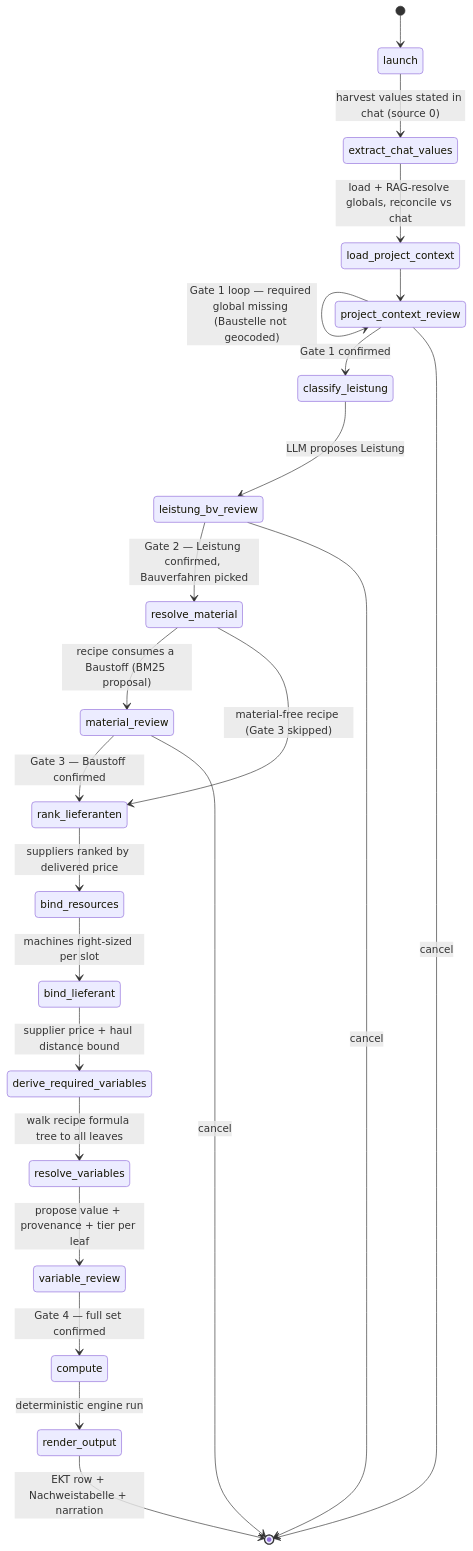
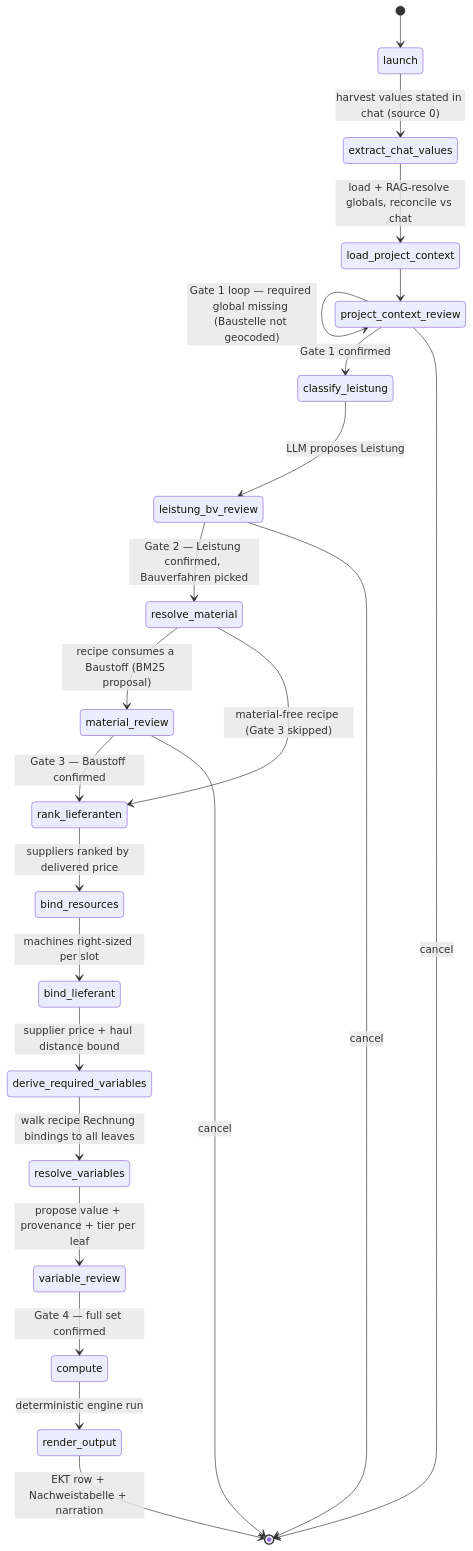
The fourth of 5 diagrams in AI_ARCHITECTURE.md (arthurshen74/strassenbau-vergabe-assistant), drawn with Mermaid before and after one commit. The commit also changed other lines of this file and 61 other files, not shown here.

````diff
--- a/AI_ARCHITECTURE.md
+++ b/AI_ARCHITECTURE.md
@@ -163,25 +165,25 @@
 ```mermaid
 stateDiagram-v2
     [*] --> launch
     launch --> extract_chat_values : harvest values stated in chat (source 0)
     extract_chat_values --> load_project_context : load + RAG-resolve globals, reconcile vs chat
     load_project_context --> project_context_review
     project_context_review --> project_context_review : Gate 1 loop — required global missing (Baustelle not geocoded)
     project_context_review --> classify_leistung : Gate 1 confirmed
     classify_leistung --> leistung_bv_review : LLM proposes Leistung
     leistung_bv_review --> resolve_material : Gate 2 — Leistung confirmed, Bauverfahren picked
     resolve_material --> material_review : recipe consumes a Baustoff (BM25 proposal)
     resolve_material --> rank_lieferanten : material-free recipe (Gate 3 skipped)
     material_review --> rank_lieferanten : Gate 3 — Baustoff confirmed
     rank_lieferanten --> bind_resources : suppliers ranked by delivered price
     bind_resources --> bind_lieferant : machines right-sized per slot
     bind_lieferant --> derive_required_variables : supplier price + haul distance bound
-    derive_required_variables --> resolve_variables : walk recipe formula tree to all leaves
+    derive_required_variables --> resolve_variables : walk recipe Rechnung bindings to all leaves
     resolve_variables --> variable_review : propose value + provenance + tier per leaf
     variable_review --> compute : Gate 4 — full set confirmed
     compute --> render_output : deterministic engine run
     render_output --> [*] : EKT row + Nachweistabelle + narration
     project_context_review --> [*] : cancel
     leistung_bv_review --> [*] : cancel
     material_review --> [*] : cancel
 ```
````
